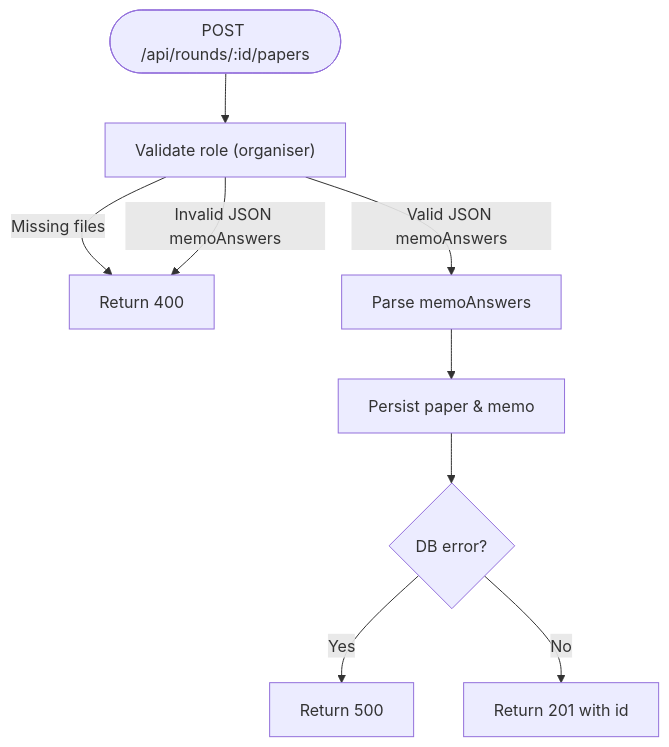
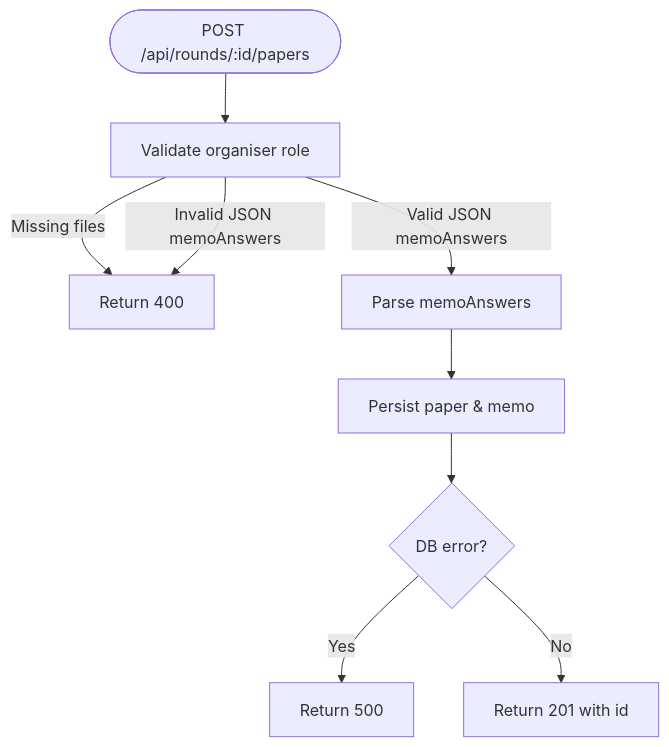
One commit to ZandileMkontwana/olympiad-portal changed the fifth of 10 diagrams in .qoder/repowiki/en/content/Testing Strategy.md. Above: the diagram before and after it, drawn with Mermaid. The commit also changed other lines of this file and 43 other files, not shown here.

````diff
--- a/.qoder/repowiki/en/content/Testing Strategy.md
+++ b/.qoder/repowiki/en/content/Testing Strategy.md
@@ -147,11 +200,11 @@
 ```mermaid
 flowchart TD
-Start(["POST /api/rounds/:id/papers"]) --> Auth["Validate role (organiser)"]
+Start(["POST /api/rounds/:id/papers"]) --> Auth["Validate organiser role"]
 Auth --> |Missing files| Err400["Return 400"]
 Auth --> |Valid JSON memoAnswers| ParseMemo["Parse memoAnswers"]
 Auth --> |Invalid JSON memoAnswers| Err400
 ParseMemo --> Save["Persist paper & memo"]
 Save --> DBErr{"DB error?"}
 DBErr --> |Yes| Err500["Return 500"]
 DBErr --> |No| Ok["Return 201 with id"]
 ```
````
